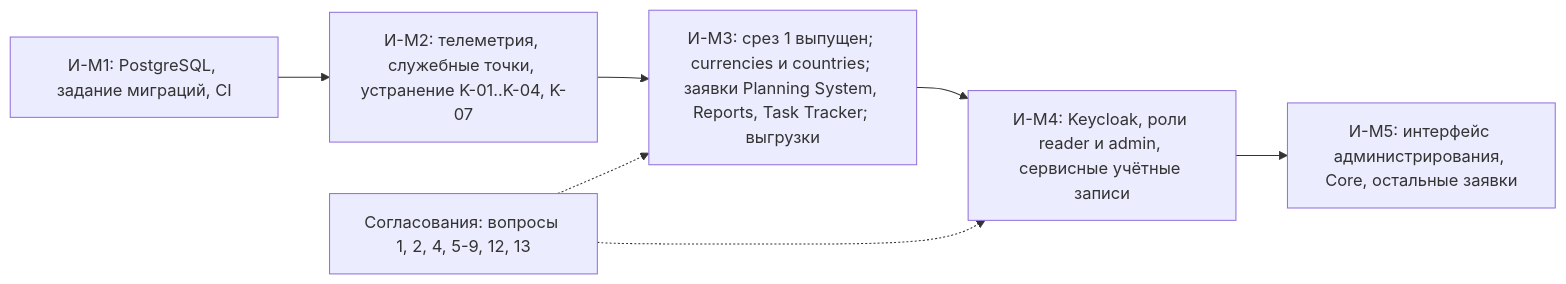
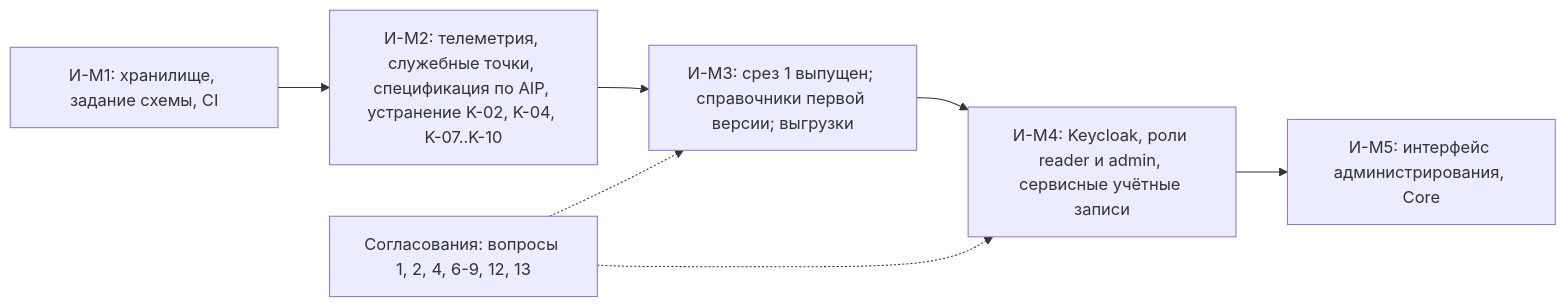
One commit to MEPhI-C22-501/arch-info-system-monorepo changed the diagram in reference-manager/docs/block-i-integration-and-deployment/160.integration-plan.md. Above: the diagram before and after it, drawn with Mermaid. The commit also changed other lines of this file and 30 other files, not shown here.

````diff
--- a/reference-manager/docs/block-i-integration-and-deployment/160.integration-plan.md
+++ b/reference-manager/docs/block-i-integration-and-deployment/160.integration-plan.md
@@ -25,9 +25,9 @@
 ```mermaid
 flowchart LR
-    M1["И-M1: PostgreSQL, задание миграций, CI"] --> M2["И-M2: телеметрия, служебные точки, устранение K-01..K-04, K-07"]
-    M2 --> M3["И-M3: срез 1 выпущен; currencies и countries; заявки Planning System, Reports, Task Tracker; выгрузки"]
+    M1["И-M1: хранилище, задание схемы, CI"] --> M2["И-M2: телеметрия, служебные точки, спецификация по AIP, устранение K-02, K-04, K-07..K-10"]
+    M2 --> M3["И-M3: срез 1 выпущен; справочники первой версии; выгрузки"]
     M3 --> M4["И-M4: Keycloak, роли reader и admin, сервисные учётные записи"]
-    M4 --> M5["И-M5: интерфейс администрирования, Core, остальные заявки"]
-    Q["Согласования: вопросы 1, 2, 4, 5-9, 12, 13"] -.-> M3
+    M4 --> M5["И-M5: интерфейс администрирования, Core"]
+    Q["Согласования: вопросы 1, 2, 4, 6-9, 12, 13"] -.-> M3
     Q -.-> M4
 ```
````
